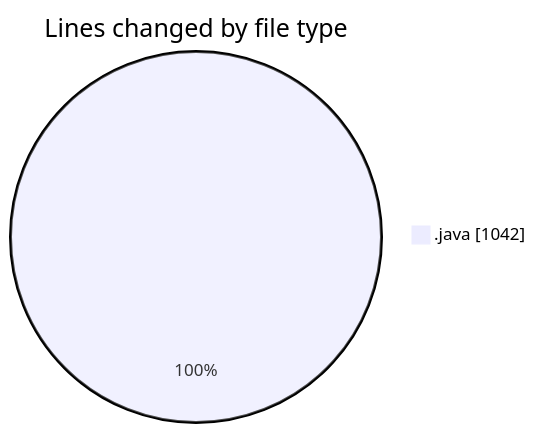
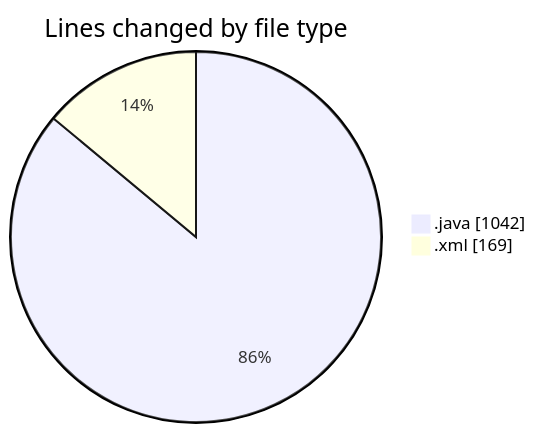
The first of 2 diagrams in 2026-09-23/cilapp/README.md (ricardozamudiocil/code-tracking), drawn with Mermaid before and after one commit. The commit also changed other lines of this file and 1 other file, not shown here.

````diff
--- a/2026-09-23/cilapp/README.md
+++ b/2026-09-23/cilapp/README.md
@@ -20,5 +21,6 @@
 ```mermaid
 pie showData
 title Lines changed by file type
 ".java" : 1042
+".xml" : 169
 ```
````
